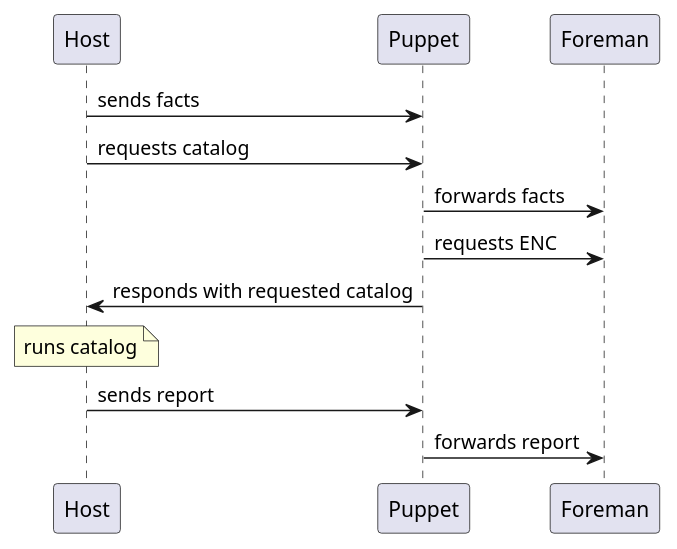
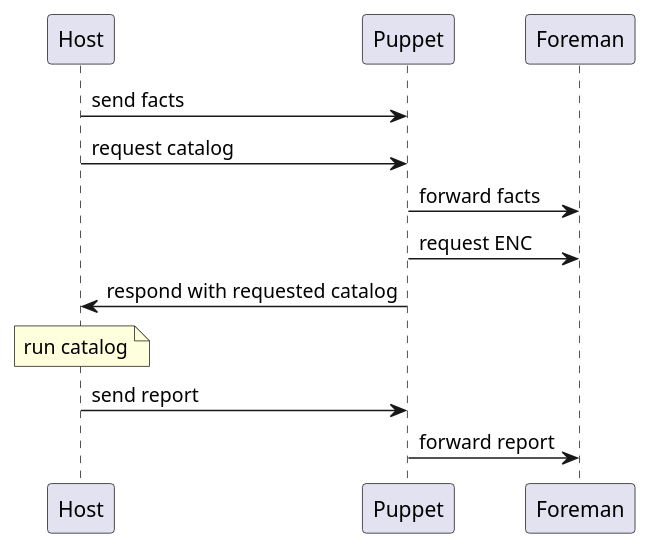
One commit to theforeman/foreman-documentation changed the diagram in guides/image-sources/puppet-run.iuml. Above: the diagram before and after it, drawn with PlantUML. The commit also changed 4 other files, not shown here.

```diff
--- a/guides/image-sources/puppet-run.iuml
+++ b/guides/image-sources/puppet-run.iuml
@@ -1,8 +1,8 @@
-Host -> Puppet : sends facts
-Host -> Puppet : requests catalog
-Puppet -> Foreman : forwards facts
-Puppet -> Foreman : requests ENC
-Puppet -> Host : responds with requested catalog
-note over Host : runs catalog
-Host -> Puppet : sends report
-Puppet -> Foreman : forwards report
+Host -> Puppet : send facts
+Host -> Puppet : request catalog
+Puppet -> Foreman : forward facts
+Puppet -> Foreman : request ENC
+Puppet -> Host : respond with requested catalog
+note over Host : run catalog
+Host -> Puppet : send report
+Puppet -> Foreman : forward report
```
